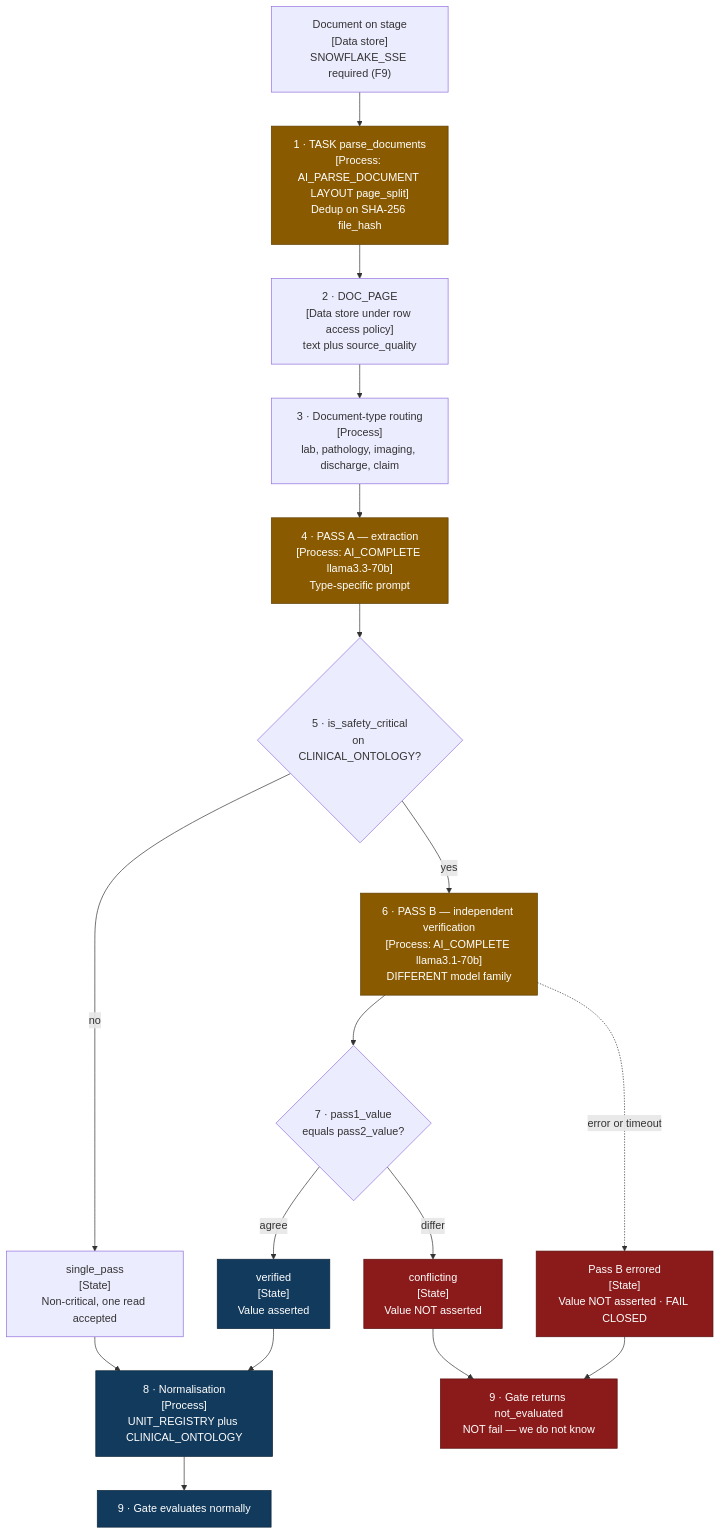
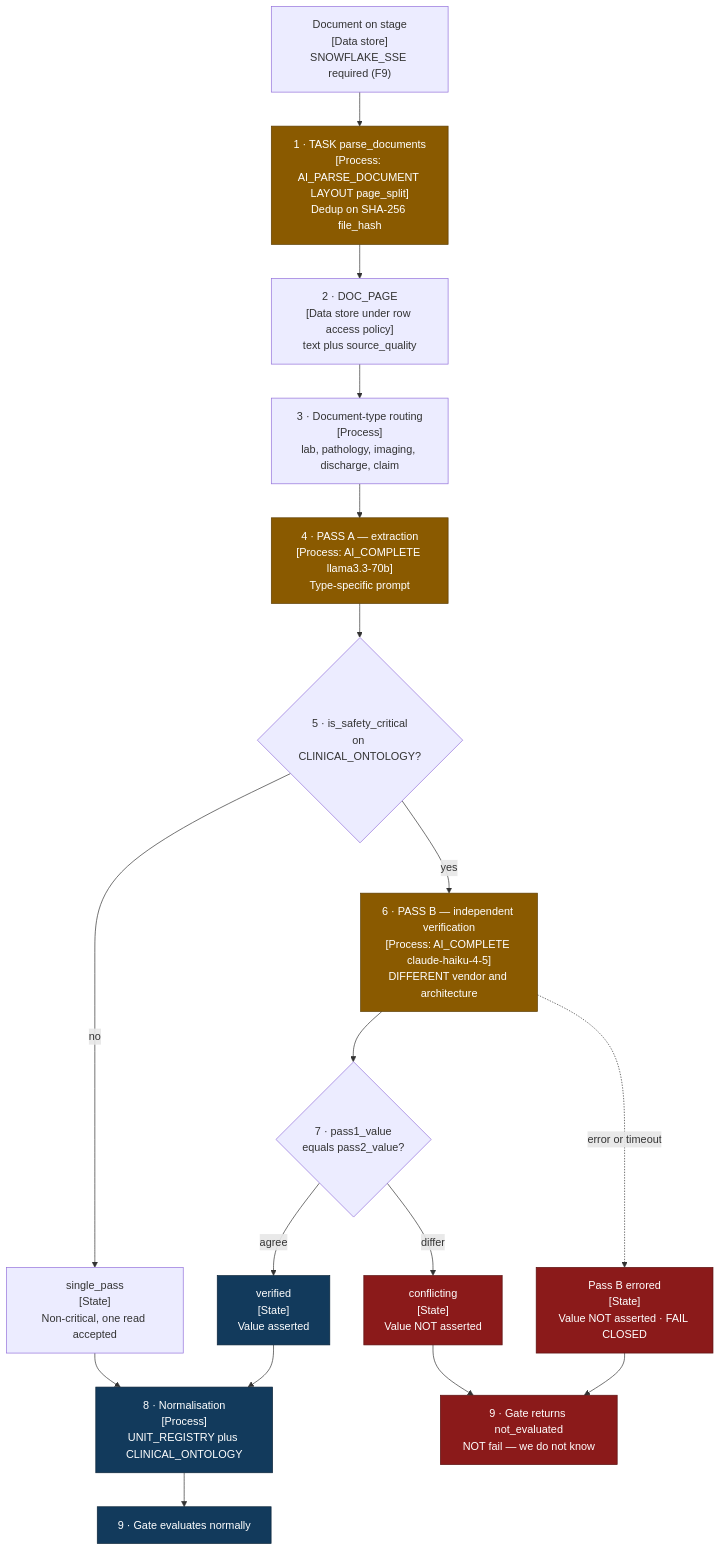
One commit to DanushArun/patient-360 changed the ninth of 16 diagrams in planning/revised-architecture/ARCHITECTURE-DIAGRAMS.md. Above: the diagram before and after it, drawn with Mermaid. The commit also changed other lines of this file and 10 other files, not shown here.

First line of the commit message:
update(architecture): remove HOUSEHOLD, land 34-table schema, refresh model roster

````diff
--- a/planning/revised-architecture/ARCHITECTURE-DIAGRAMS.md
+++ b/planning/revised-architecture/ARCHITECTURE-DIAGRAMS.md
@@ -759,35 +760,35 @@
 ```mermaid
 flowchart TB
     DOC["Document on stage<br/>[Data store]<br/>SNOWFLAKE_SSE required (F9)"]
     PARSE["1 · TASK parse_documents<br/>[Process: AI_PARSE_DOCUMENT LAYOUT page_split]<br/>Dedup on SHA-256 file_hash"]
     PAGE["2 · DOC_PAGE<br/>[Data store under row access policy]<br/>text plus source_quality"]
     ROUTE["3 · Document-type routing<br/>[Process]<br/>lab, pathology, imaging, discharge, claim"]
     A["4 · PASS A — extraction<br/>[Process: AI_COMPLETE llama3.3-70b]<br/>Type-specific prompt"]
     SAFE{"5 · is_safety_critical<br/>on CLINICAL_ONTOLOGY?"}
-    B["6 · PASS B — independent verification<br/>[Process: AI_COMPLETE llama3.1-70b]<br/>DIFFERENT model family"]
+    B["6 · PASS B — independent verification<br/>[Process: AI_COMPLETE claude-haiku-4-5]<br/>DIFFERENT vendor and architecture"]
     CMP{"7 · pass1_value<br/>equals pass2_value?"}
 
     S["single_pass<br/>[State]<br/>Non-critical, one read accepted"]
     V["verified<br/>[State]<br/>Value asserted"]
     C["conflicting<br/>[State]<br/>Value NOT asserted"]
     F["Pass B errored<br/>[State]<br/>Value NOT asserted · FAIL CLOSED"]
 
     NORM["8 · Normalisation<br/>[Process]<br/>UNIT_REGISTRY plus CLINICAL_ONTOLOGY"]
     GOK["9 · Gate evaluates normally"]
     GNE["9 · Gate returns not_evaluated<br/>NOT fail — we do not know"]
 
     DOC --> PARSE --> PAGE --> ROUTE --> A --> SAFE
     SAFE -->|"no"| S --> NORM
     SAFE -->|"yes"| B --> CMP
     CMP -->|"agree"| V --> NORM
     CMP -->|"differ"| C --> GNE
     B -.->|"error or timeout"| F --> GNE
     NORM --> GOK
 
     classDef ai fill:#8a5a00,stroke:#5c3c00,color:#fff
     classDef det fill:#123a5c,stroke:#0b2439,color:#fff
     classDef bad fill:#8b1a1a,stroke:#5a0f0f,color:#fff
     class PARSE,A,B ai
     class NORM,GOK,V det
     class C,F,GNE bad
 ```
````
